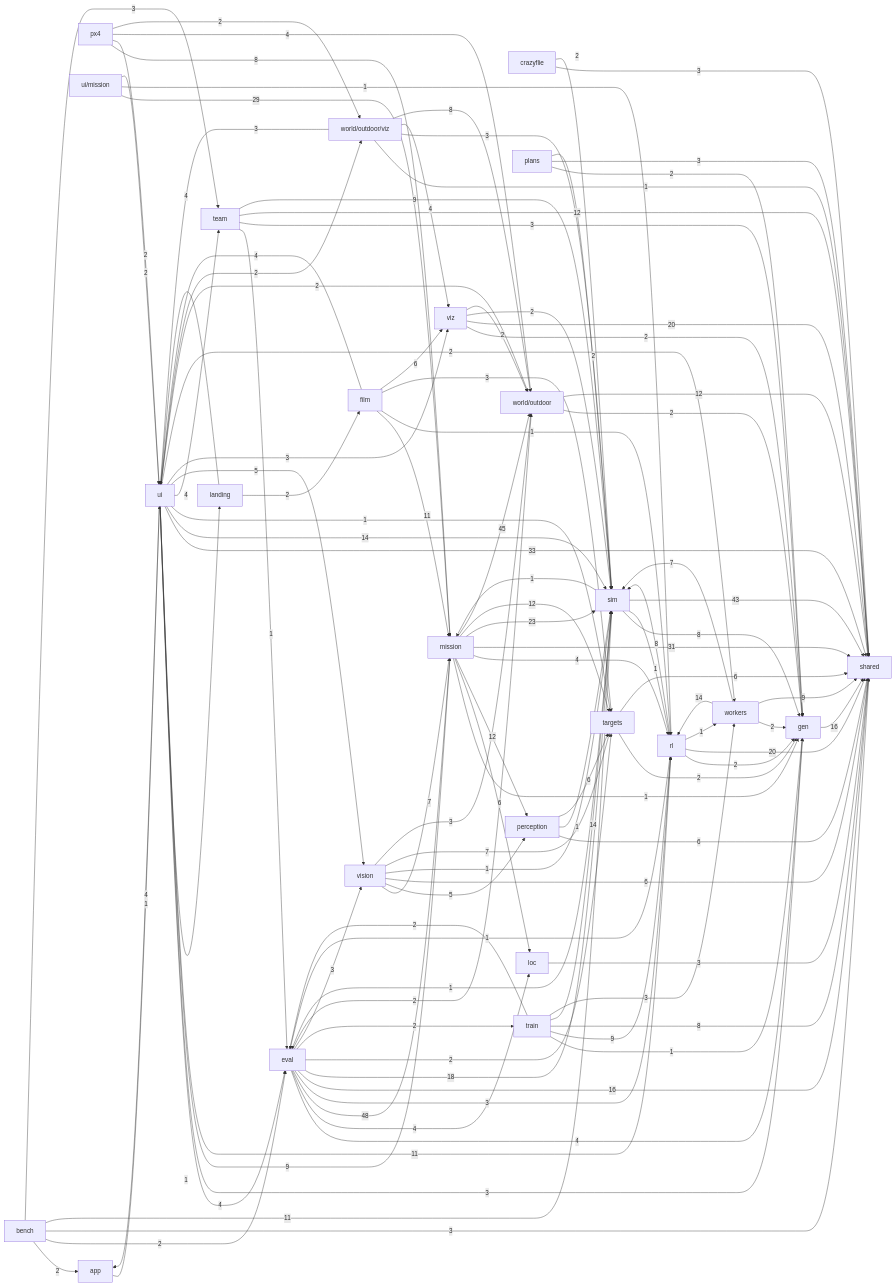
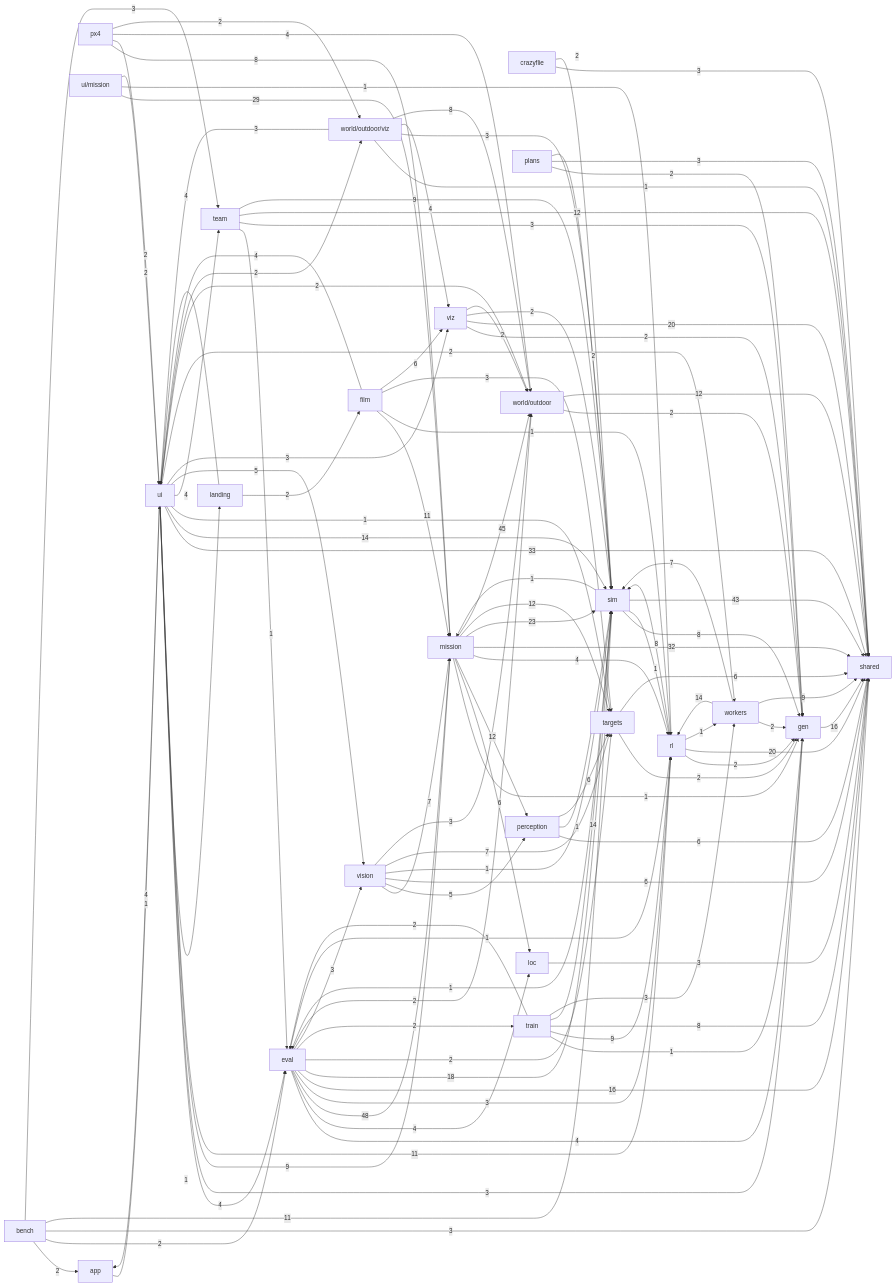
The second of 2 diagrams in docs/ARCHITECTURE.md (alexnieves-cs/frontier-fly), drawn with Mermaid before and after one commit. The commit also changed other lines of this file and 34 other files, not shown here.

```diff
--- a/docs/ARCHITECTURE.md
+++ b/docs/ARCHITECTURE.md
@@ -134,7 +134,7 @@
   mission -->|6| loc
   mission -->|12| perception
   mission -->|4| rl
-  mission -->|31| shared
+  mission -->|32| shared
   mission -->|23| sim
   mission -->|12| targets
   mission -->|45| world_outdoor
```
